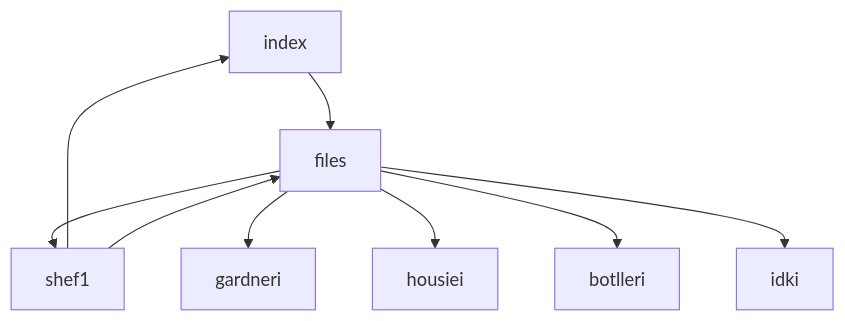
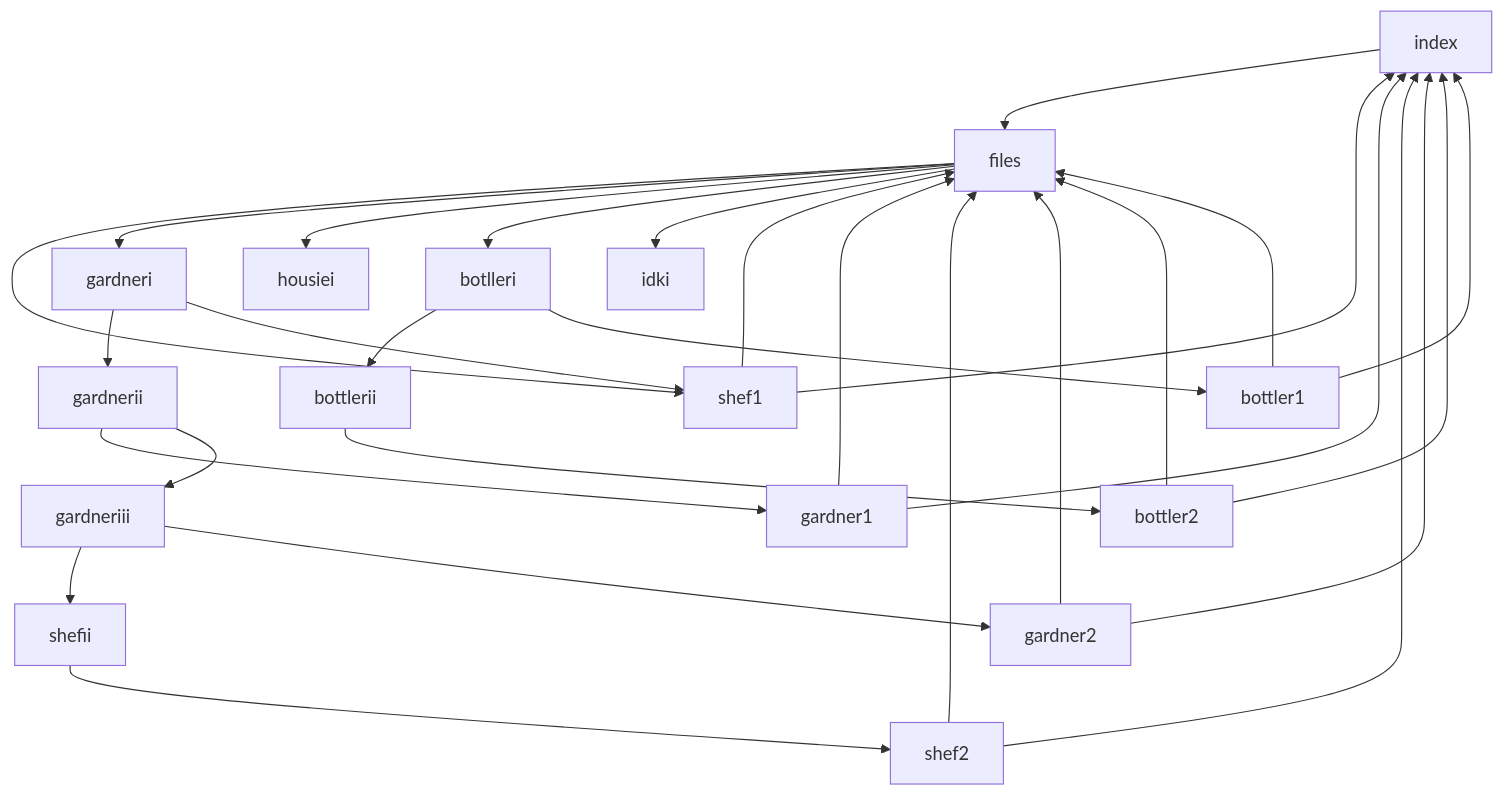
One commit to rgbhsl/detective-flowers changed the diagram in README.md. Above: the diagram before and after it, drawn with Mermaid. The commit also changed 1 other file, not shown here.

````diff
--- a/README.md
+++ b/README.md
@@ -18,9 +18,24 @@
 ```mermaid
 graph TD;
     index --> files;
     files --> shef1 & gardneri & housiei & botlleri & idki
     shef1 --> index & files
+    shef2 --> index & files
+    gardner1 --> index & files
+    gardner2 --> index & files
+    bottler1 --> index & files
+    bottler2 --> index & files
+    gardneri -->  gardnerii & shef1
+    botlleri --> bottlerii & bottler1
+    gardnerii --> gardner1 & gardneriii
+    gardneriii --> shefii & gardner2
+    shefii --> shef2
+    bottlerii --> bottler2
+
+
+
+
 
 
    
 ```
````
